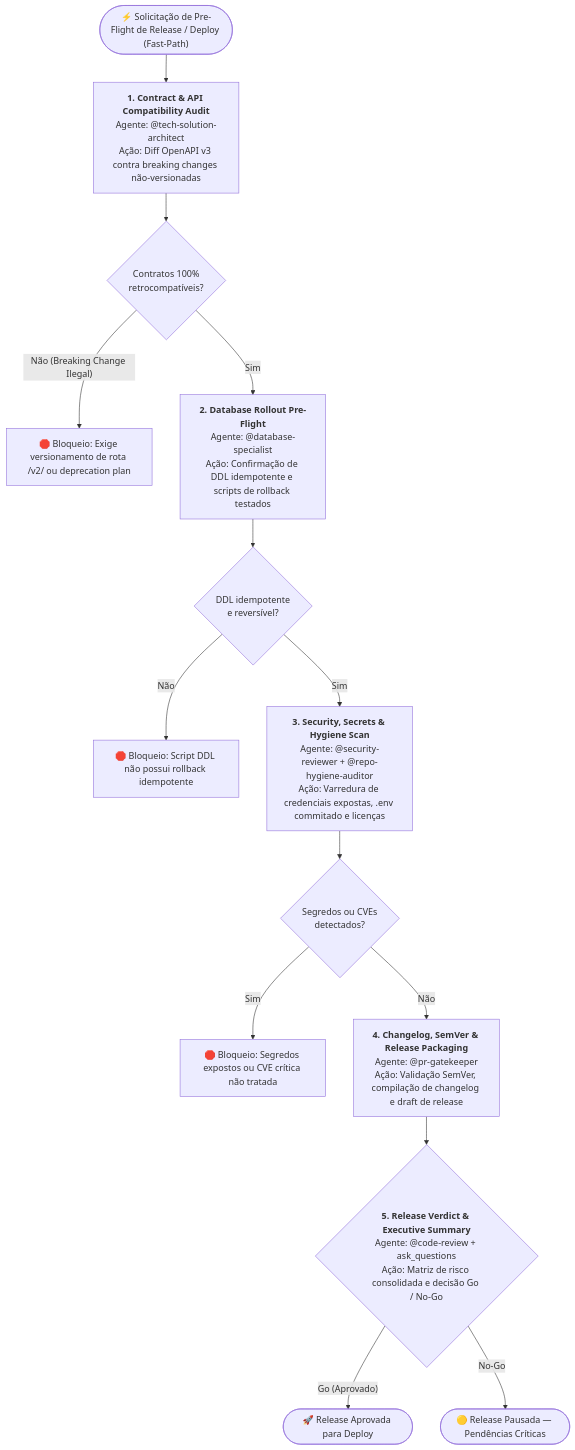
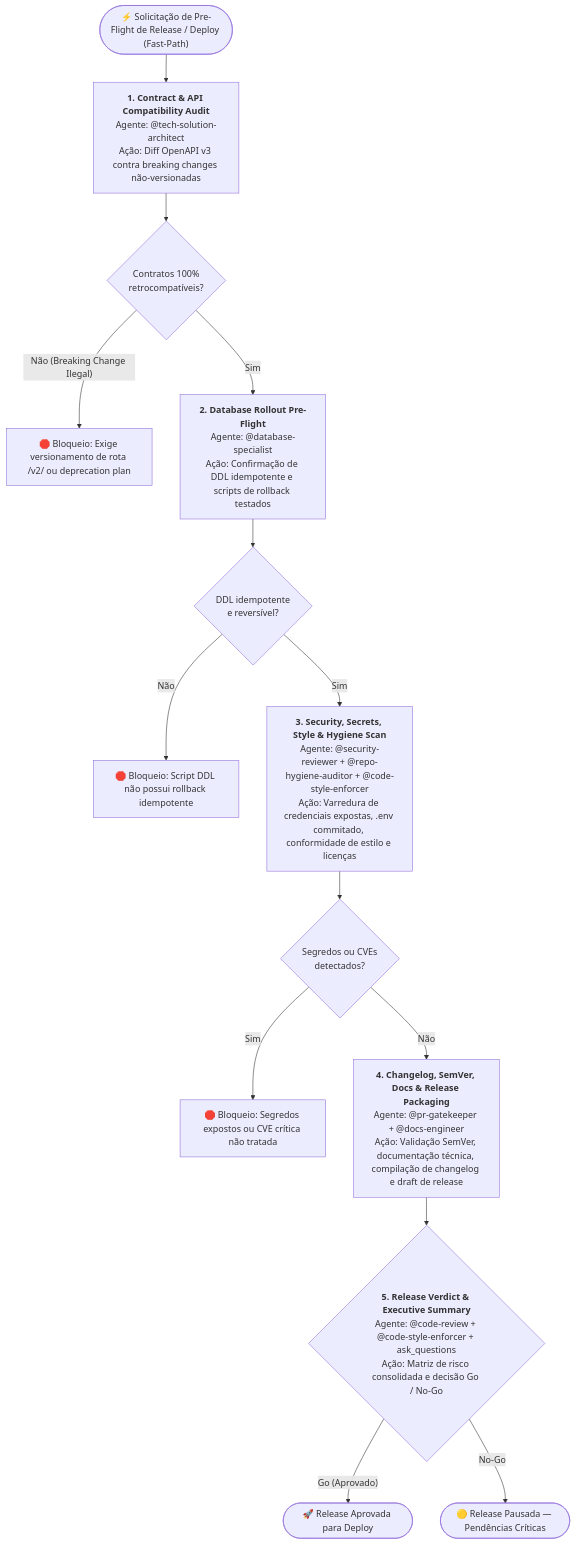
One commit to jezreel8858/deep-agents-copilot changed the tenth of 12 diagrams in .github/agents/workflows.md. Above: the diagram before and after it, drawn with Mermaid. The commit also changed other lines of this file and 1 other file, not shown here.

````diff
--- a/.github/agents/workflows.md
+++ b/.github/agents/workflows.md
@@ -970,21 +975,21 @@
 ```mermaid
 flowchart TD
     Start(["⚡ Solicitação de Pre-Flight de Release / Deploy (Fast-Path)"]) --> ContractAudit["<b>1. Contract & API Compatibility Audit</b><br/>Agente: @tech-solution-architect<br/>Ação: Diff OpenAPI v3 contra breaking changes não-versionadas"]
 
     ContractAudit --> CheckContract{"Contratos 100%<br/>retrocompatíveis?"}
     CheckContract -- "Não (Breaking Change Ilegal)" --> BlockContract["🛑 Bloqueio: Exige versionamento de rota /v2/ ou deprecation plan"]
     CheckContract -- "Sim" --> DBRollout["<b>2. Database Rollout Pre-Flight</b><br/>Agente: @database-specialist<br/>Ação: Confirmação de DDL idempotente e scripts de rollback testados"]
 
     DBRollout --> CheckDB{"DDL idempotente<br/>e reversível?"}
     CheckDB -- "Não" --> BlockDB["🛑 Bloqueio: Script DDL não possui rollback idempotente"]
-    CheckDB -- "Sim" --> SecScan["<b>3. Security, Secrets & Hygiene Scan</b><br/>Agente: @security-reviewer + @repo-hygiene-auditor<br/>Ação: Varredura de credenciais expostas, .env commitado e licenças"]
+    CheckDB -- "Sim" --> SecScan["<b>3. Security, Secrets, Style & Hygiene Scan</b><br/>Agente: @security-reviewer + @repo-hygiene-auditor + @code-style-enforcer<br/>Ação: Varredura de credenciais expostas, .env commitado, conformidade de estilo e licenças"]
 
     SecScan --> CheckSec{"Segredos ou CVEs<br/>detectados?"}
     CheckSec -- "Sim" --> BlockSec["🛑 Bloqueio: Segredos expostos ou CVE crítica não tratada"]
-    CheckSec -- "Não" --> Packaging["<b>4. Changelog, SemVer & Release Packaging</b><br/>Agente: @pr-gatekeeper<br/>Ação: Validação SemVer, compilação de changelog e draft de release"]
+    CheckSec -- "Não" --> Packaging["<b>4. Changelog, SemVer, Docs & Release Packaging</b><br/>Agente: @pr-gatekeeper + @docs-engineer<br/>Ação: Validação SemVer, documentação técnica, compilação de changelog e draft de release"]
 
-    Packaging --> VerdictGate{"<b>5. Release Verdict & Executive Summary</b><br/>Agente: @code-review + ask_questions<br/>Ação: Matriz de risco consolidada e decisão Go / No-Go"}
+    Packaging --> VerdictGate{"<b>5. Release Verdict & Executive Summary</b><br/>Agente: @code-review + @code-style-enforcer + ask_questions<br/>Ação: Matriz de risco consolidada e decisão Go / No-Go"}
 
     VerdictGate -- "Go (Aprovado)" --> EndGo(["🚀 Release Aprovada para Deploy"])
     VerdictGate -- "No-Go" --> EndNoGo(["🟡 Release Pausada — Pendências Críticas"])
 ```
````
